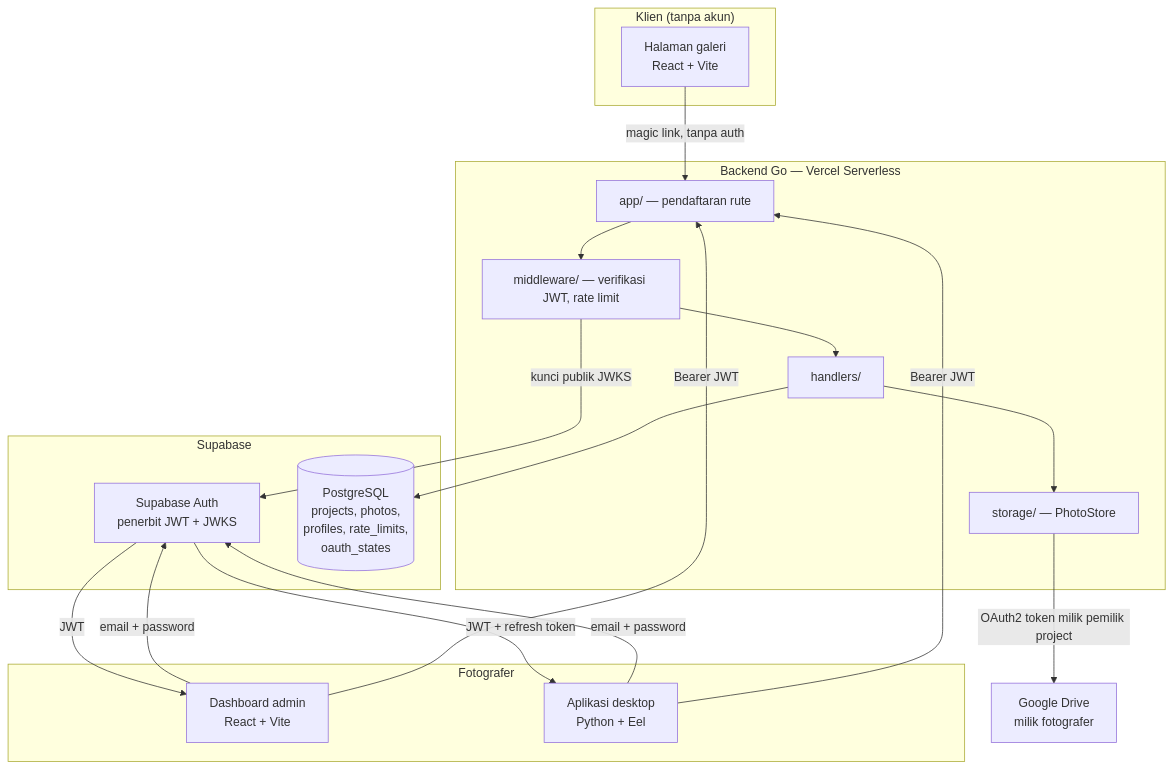
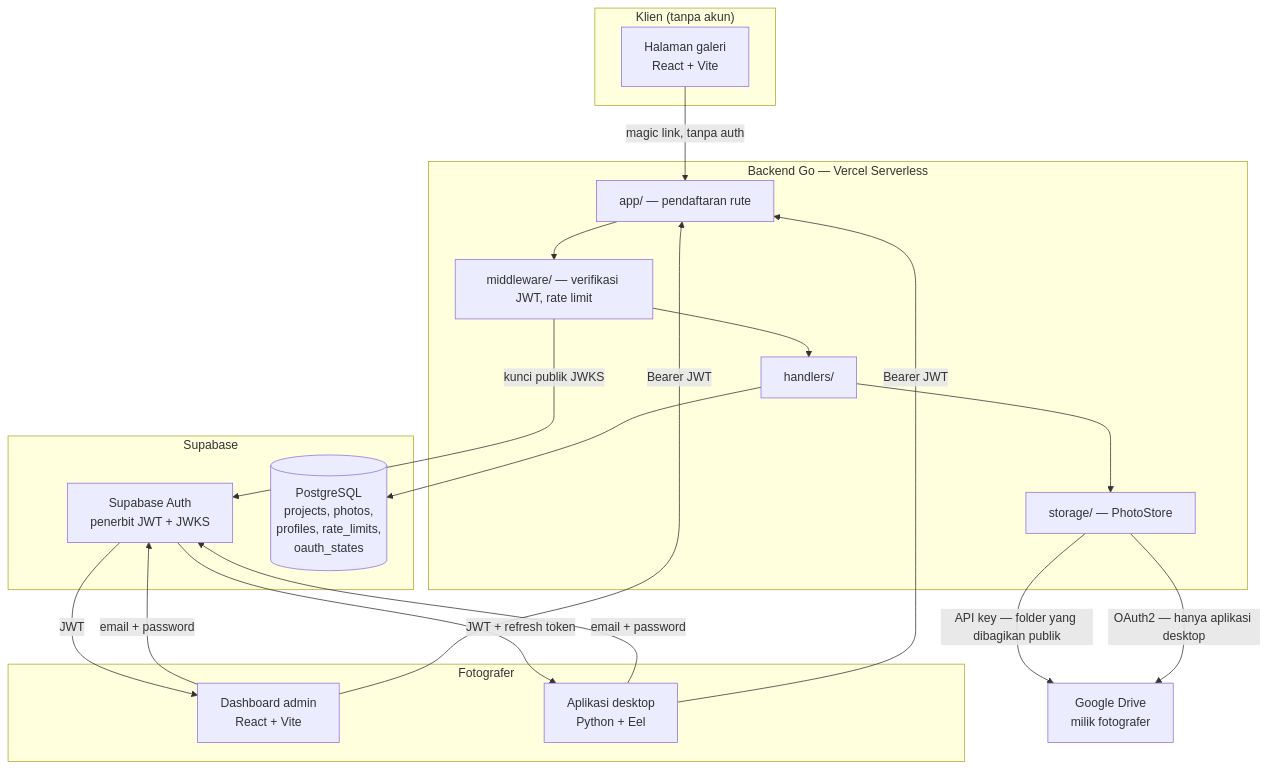
One commit to indraaryaLabs/photoflow-ecosystem changed the first of 2 diagrams in README.md. Above: the diagram before and after it, drawn with Mermaid. The commit also changed other lines of this file and 5 other files, not shown here.

````diff
--- a/README.md
+++ b/README.md
@@ -25,41 +52,42 @@
 ```mermaid
 flowchart TB
     subgraph Klien["Klien (tanpa akun)"]
         Galeri["Halaman galeri<br/>React + Vite"]
     end
 
     subgraph Fotografer["Fotografer"]
         Dashboard["Dashboard admin<br/>React + Vite"]
         Desktop["Aplikasi desktop<br/>Python + Eel"]
     end
 
     subgraph Backend["Backend Go — Vercel Serverless"]
         Router["app/ — pendaftaran rute"]
         Auth["middleware/ — verifikasi JWT, rate limit"]
         Handlers["handlers/"]
         Store["storage/ — PhotoStore"]
     end
 
     subgraph Supabase
         SBAuth["Supabase Auth<br/>penerbit JWT + JWKS"]
         DB[("PostgreSQL<br/>projects, photos,<br/>profiles, rate_limits,<br/>oauth_states")]
     end
 
     Drive["Google Drive<br/>milik fotografer"]
 
     Dashboard -- "email + password" --> SBAuth
     Desktop -- "email + password" --> SBAuth
     SBAuth -- "JWT" --> Dashboard
     SBAuth -- "JWT + refresh token" --> Desktop
     Dashboard -- "Bearer JWT" --> Router
     Desktop -- "Bearer JWT" --> Router
 
     Galeri -- "magic link, tanpa auth" --> Router
 
     Router --> Auth
     Auth -- "kunci publik JWKS" --> SBAuth
     Auth --> Handlers
     Handlers --> Store
     Handlers --> DB
-    Store -- "OAuth2 token milik pemilik project" --> Drive
+    Store -- "API key — folder yang dibagikan publik" --> Drive
+    Store -- "OAuth2 — hanya aplikasi desktop" --> Drive
 ```
````
